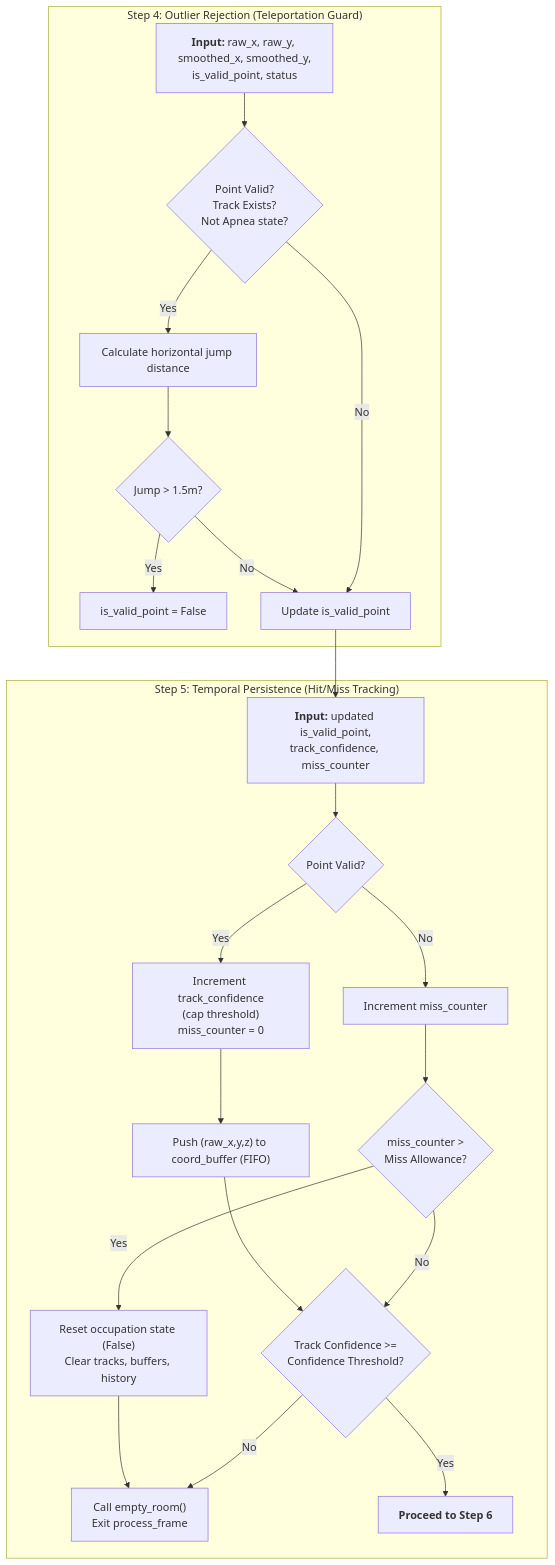
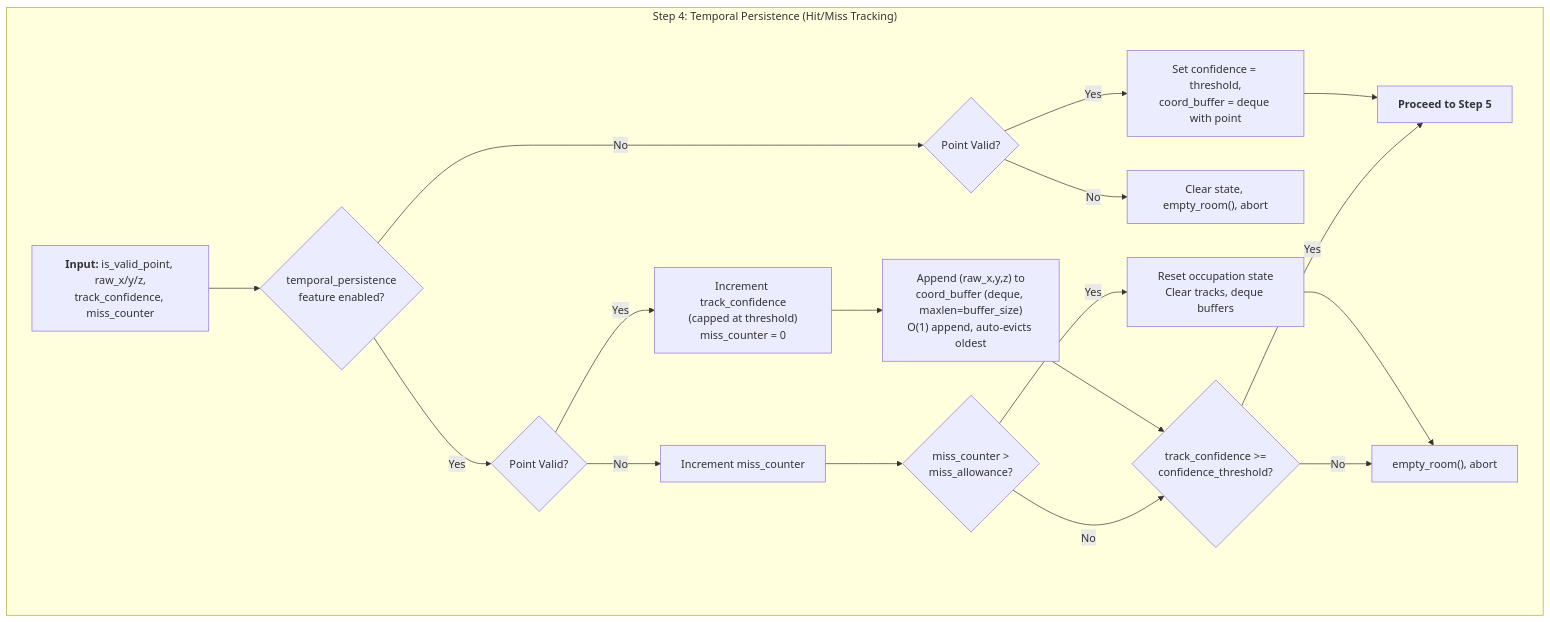
One commit to walidbrahim/activity_monitoting changed the diagram in docs/diagrams/activity_step4_5.mmd. Above: the diagram before and after it, drawn with Mermaid. The commit also changed 24 other files, not shown here.

```diff
--- a/docs/diagrams/activity_step4_5.mmd
+++ b/docs/diagrams/activity_step4_5.mmd
@@ -1,30 +1,25 @@
 graph TD
-    subgraph "Step 4: Outlier Rejection (Teleportation Guard)"
-        Input4["<b>Input:</b> raw_x, raw_y, smoothed_x, smoothed_y,<br/>is_valid_point, status"] --> CondTele{"Point Valid?<br/>Track Exists?<br/>Not Apnea state?"}
-
-        CondTele -- Yes --> CalcJump[Calculate horizontal jump distance]
-        CalcJump --> JumpGate{"Jump > 1.5m?"}
-        JumpGate -- Yes --> Reject["is_valid_point = False"]
-        JumpGate -- No --> OutputValid["Update is_valid_point"]
-        CondTele -- No --> OutputValid
-    end
-    
-    OutputValid --> Input5["<b>Input:</b> updated is_valid_point,<br/>track_confidence, miss_counter"]
-    
-    subgraph "Step 5: Temporal Persistence (Hit/Miss Tracking)"
-        Input5 --> DecVal{"Point Valid?"}
+    subgraph "Step 4: Temporal Persistence (Hit/Miss Tracking)"
+        Input4["<b>Input:</b> is_valid_point, raw_x/y/z,<br/>track_confidence, miss_counter"] --> CheckFeat{"temporal_persistence<br/>feature enabled?"}
         
-        DecVal -- Yes --> Hit["Increment track_confidence<br/>(cap threshold)<br/>miss_counter = 0"]
-        Hit --> BuffCoord["Push (raw_x,y,z) to coord_buffer (FIFO)"]
+        CheckFeat -- No --> RawValid{"Point Valid?"}
+        RawValid -- Yes --> RawSet["Set confidence = threshold,<br/>coord_buffer = deque with point"]
+        RawValid -- No --> RawLost["Clear state, empty_room(), abort"]
+        RawSet --> Output4["<b>Proceed to Step 5</b>"]
+        
+        CheckFeat -- Yes --> DecVal{"Point Valid?"}
+        
+        DecVal -- Yes --> Hit["Increment track_confidence<br/>(capped at threshold)<br/>miss_counter = 0"]
+        Hit --> BuffCoord["Append (raw_x,y,z) to<br/>coord_buffer (deque, maxlen=buffer_size)<br/>O(1) append, auto-evicts oldest"]
         
         DecVal -- No --> Miss["Increment miss_counter"]
-        Miss --> MissGate{"miss_counter > <br/>Miss Allowance?"}
-        MissGate -- Yes --> TargetLost["Reset occupation state (False)<br/>Clear tracks, buffers, history"]
-        TargetLost --> CallEmpty["Call empty_room()<br/>Exit process_frame"]
+        Miss --> MissGate{"miss_counter ><br/>miss_allowance?"}
+        MissGate -- Yes --> TargetLost["Reset occupation state<br/>Clear tracks, deque buffers"]
+        TargetLost --> CallEmpty["empty_room(), abort"]
         
-        BuffCoord --> TrackCheck{"Track Confidence >= <br/>Confidence Threshold?"}
+        BuffCoord --> TrackCheck{"track_confidence >=<br/>confidence_threshold?"}
         MissGate -- No --> TrackCheck
         
-        TrackCheck -- Yes --> Output5["<b>Proceed to Step 6</b>"]
+        TrackCheck -- Yes --> Output4
         TrackCheck -- No --> CallEmpty
     end
```
